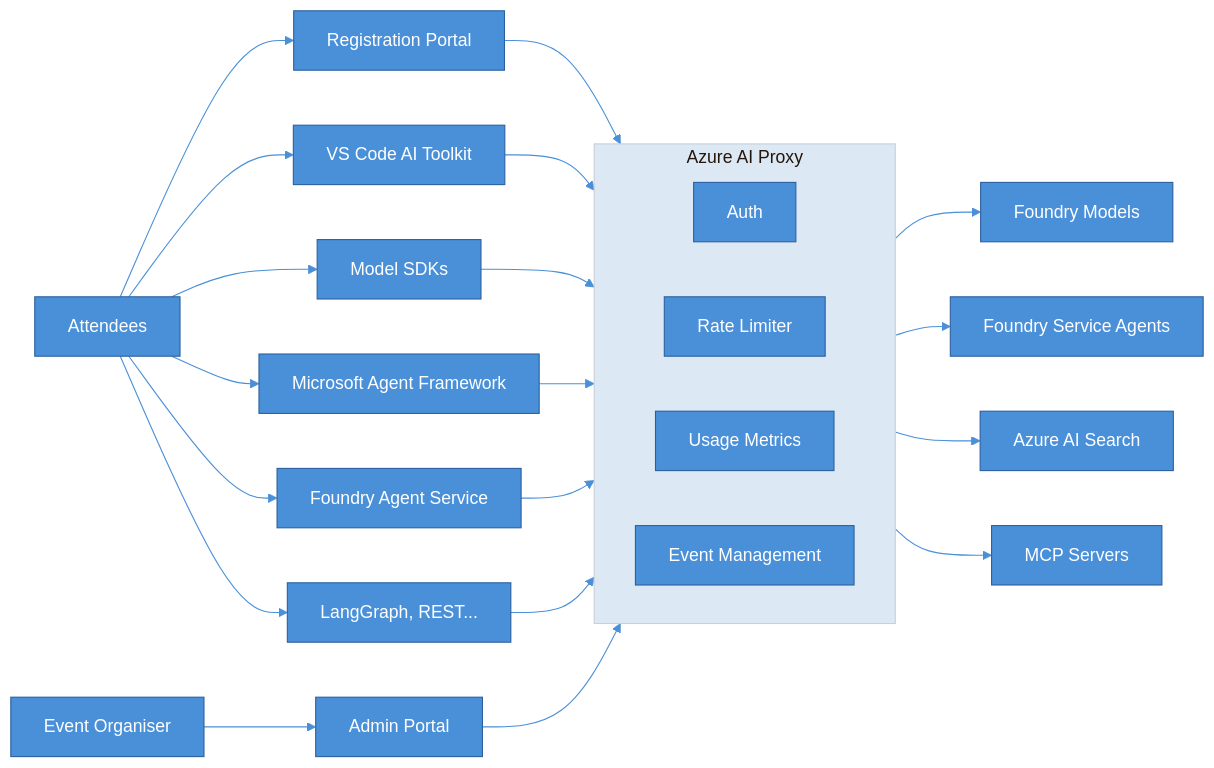
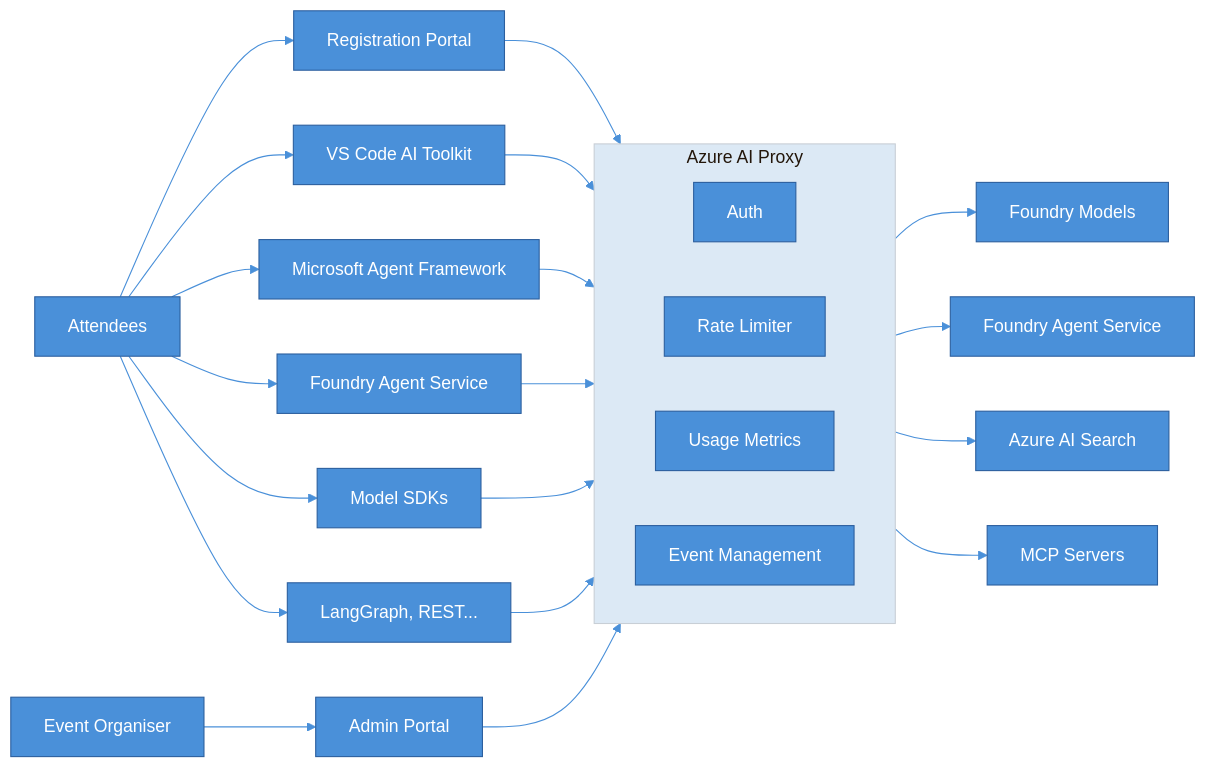
The diagram in README.md (gloveboxes/azure-ai-proxy-lite), drawn with Mermaid before and after one commit. The commit also changed 1 other file, not shown here.

````diff
--- a/README.md
+++ b/README.md
@@ -11,33 +11,33 @@
 ```mermaid
 %%{init: {'theme': 'base', 'themeVariables': {'primaryColor': '#4a90d9', 'primaryTextColor': '#ffffff', 'primaryBorderColor': '#2c5f9e', 'lineColor': '#4a90d9', 'secondaryColor': '#a8c8e8', 'tertiaryColor': '#dce9f5'}}}%%
 graph LR
     Attendees --> Reg[Registration Portal]
     Attendees --> T1[VS Code AI Toolkit]
-    Attendees --> T2[Model SDKs]
-    Attendees --> T3[Microsoft Agent Framework]
-    Attendees --> T4[Foundry Agent Service]
+    Attendees --> T2[Microsoft Agent Framework]
+    Attendees --> T3[Foundry Agent Service]
+    Attendees --> T4[Model SDKs]
     Attendees --> T5[LangGraph, REST...]
 
     Organiser[Event Organiser] --> Admin[Admin Portal]
 
     Reg --> Azure_AI_Proxy
     T1 --> Azure_AI_Proxy
     T2 --> Azure_AI_Proxy
     T3 --> Azure_AI_Proxy
     T4 --> Azure_AI_Proxy
     T5 --> Azure_AI_Proxy
     Admin --> Azure_AI_Proxy
 
     subgraph Azure_AI_Proxy[Azure AI Proxy]
         direction LR
         P1[Auth]
         P2[Rate Limiter]
         P3[Usage Metrics]
         P4[Event Management]
     end
 
     Azure_AI_Proxy --> A1[Foundry Models]
-    Azure_AI_Proxy --> A2[Foundry Service Agents]
+    Azure_AI_Proxy --> A2[Foundry Agent Service]
     Azure_AI_Proxy --> A3[Azure AI Search]
     Azure_AI_Proxy --> A4[MCP Servers]
 ```
````
